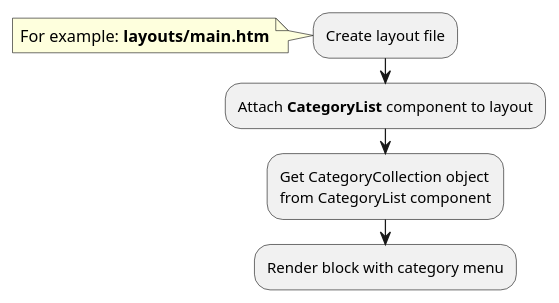
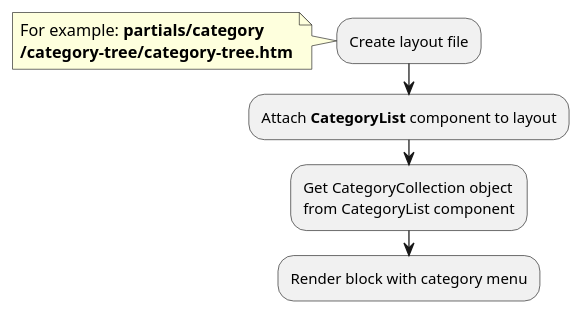
Before and after one commit to oc-shopaholic/oc-shopaholic-docs: the second of 3 diagrams in modules/category/examples.md, drawn with PlantUML. The commit also changed other lines of this file and 10 other files, not shown here.

Commit message:
Refactoring example section of category module

````diff
--- a/modules/category/examples.md
+++ b/modules/category/examples.md
@@ -177,12 +71,13 @@
 ```plantuml
 @startuml
 :Create layout file;
 note left
-    For example: **layouts/main.htm**
+    For example: **partials/category**
+    **/category-tree/category-tree.htm**
 end note
 :Attach **CategoryList** component to layout;
 :Get CategoryCollection object
 from CategoryList component;
 :Render block with category menu;
 @enduml
 ```
````
